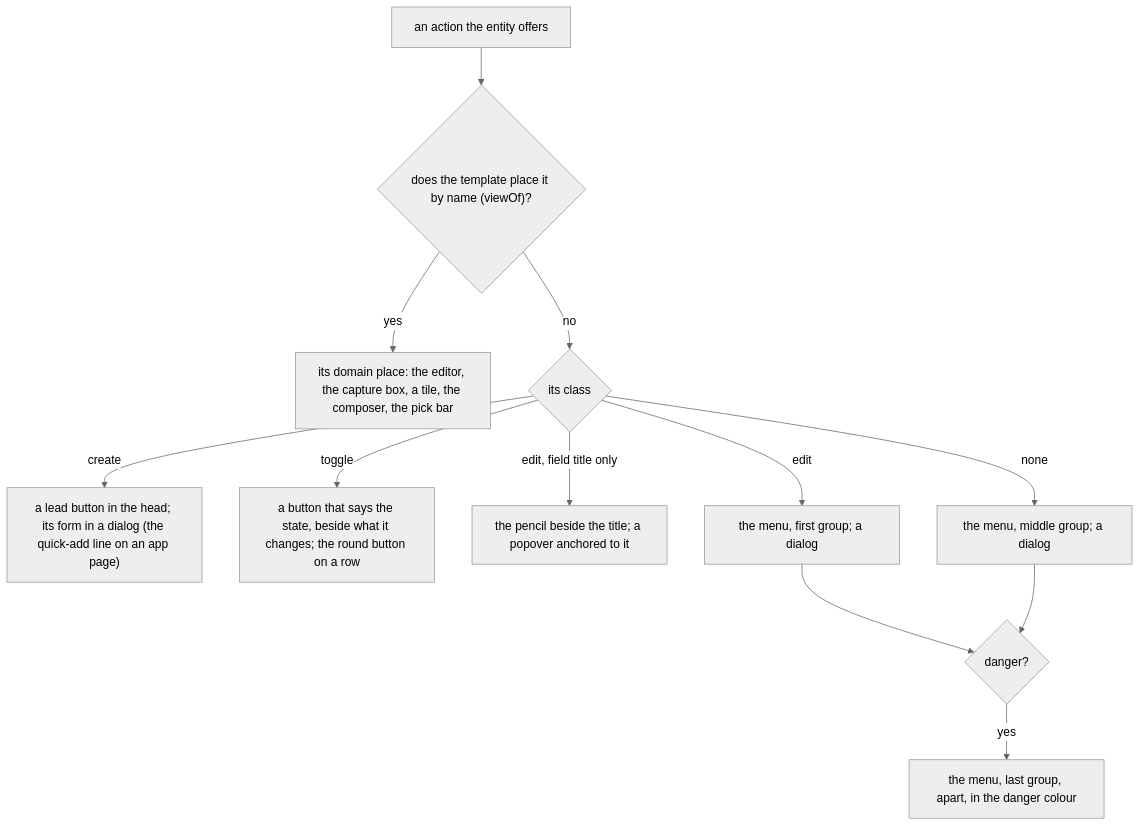
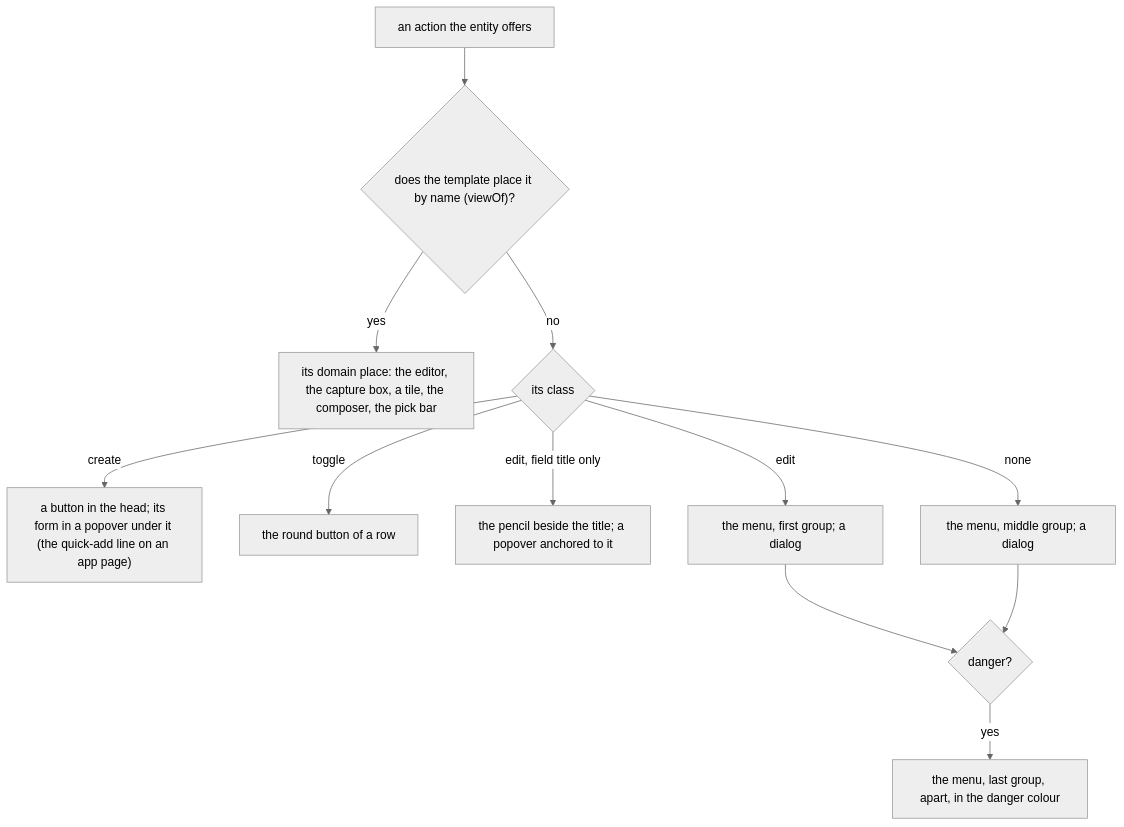
One commit to alexradunet/lifelogdb changed the first of 2 diagrams in docs/plans/159-the-class-of-an-action.md. Above: the diagram before and after it, drawn with Mermaid (neutral theme). The commit also changed other lines of this file, not shown here.

````diff
--- a/docs/plans/159-the-class-of-an-action.md
+++ b/docs/plans/159-the-class-of-an-action.md
@@ -95,14 +99,14 @@
 ```mermaid
 flowchart TD
   A["an action the entity offers"] --> P{"does the template place it by name (viewOf)?"}
   P -->|"yes"| D["its domain place: the editor, the capture box, a tile, the composer, the pick bar"]
   P -->|"no"| C{"its class"}
-  C -->|"create"| L["a lead button in the head; its form in a dialog (the quick-add line on an app page)"]
-  C -->|"toggle"| T["a button that says the state, beside what it changes; the round button on a row"]
+  C -->|"create"| L["a button in the head; its form in a popover under it (the quick-add line on an app page)"]
+  C -->|"toggle"| T["the round button of a row"]
   C -->|"edit, field title only"| R["the pencil beside the title; a popover anchored to it"]
   C -->|"edit"| E["the menu, first group; a dialog"]
   C -->|"none"| M["the menu, middle group; a dialog"]
   E --> X{"danger?"}
   M --> X
   X -->|"yes"| Z["the menu, last group, apart, in the danger colour"]
 ```
````
